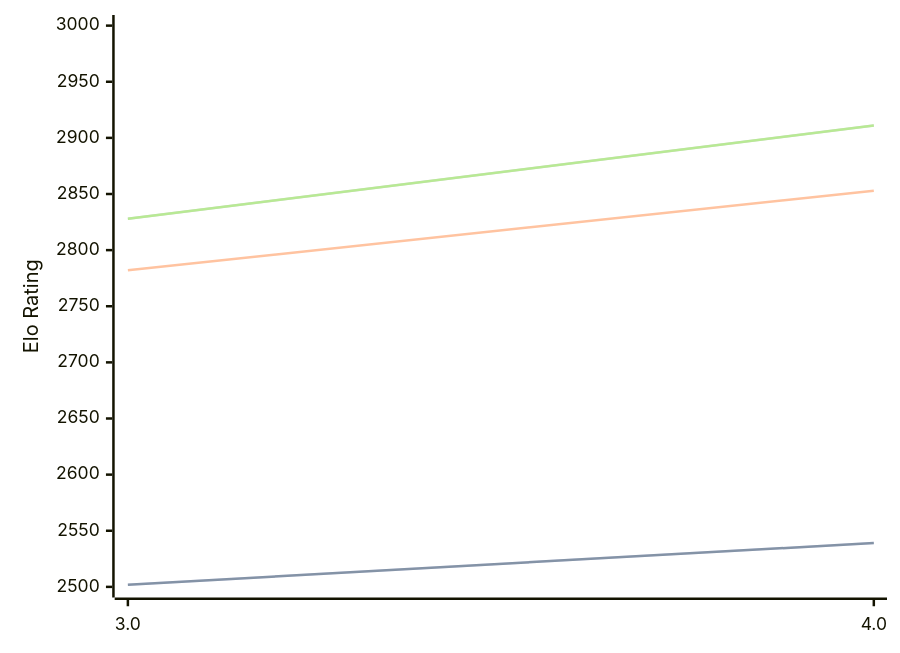
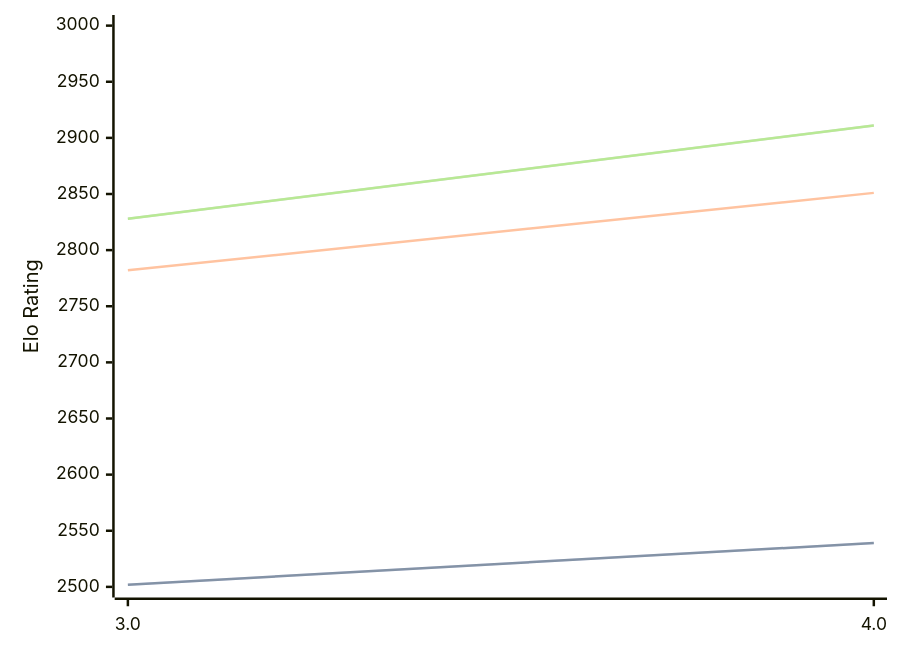
Before and after one commit to computer-chess-index/cci: the diagram in engines/Chess3.md, drawn with Mermaid. The commit also changed other lines of this file, not shown here.

````diff
--- a/engines/Chess3.md
+++ b/engines/Chess3.md
@@ -34,11 +34,11 @@
 ```mermaid
 %%{init: {"theme":"base","themeVariables":{"seriesColors:['#a3a3a3','#222221','#faa371']}}}%%
 xychart-beta
   x-axis ["3.0", "4.0"]
   y-axis "Elo Rating" 2500 --> 3000
   line "STC (8.0+0.08s)" [2502, 2539]
   line "STC (8.0+0.08s)" [2502, 2539]
-  line "LTC (60.0+0.60s)" [2782, 2853]
+  line "LTC (60.0+0.60s)" [2782, 2851]
   line "VLTC (2m24s+1.12s)" [2828, 2911]
   line "VLTC (2m24s+1.12s)" [2828, 2911]
 ```
````
